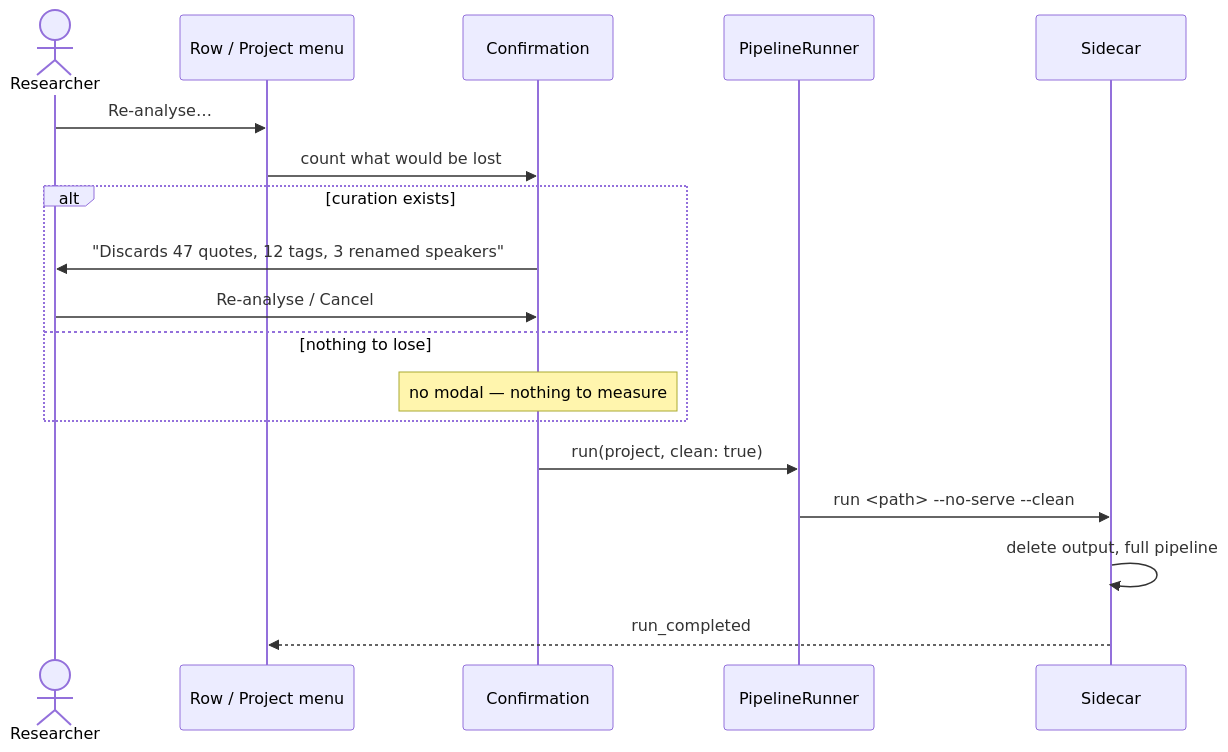
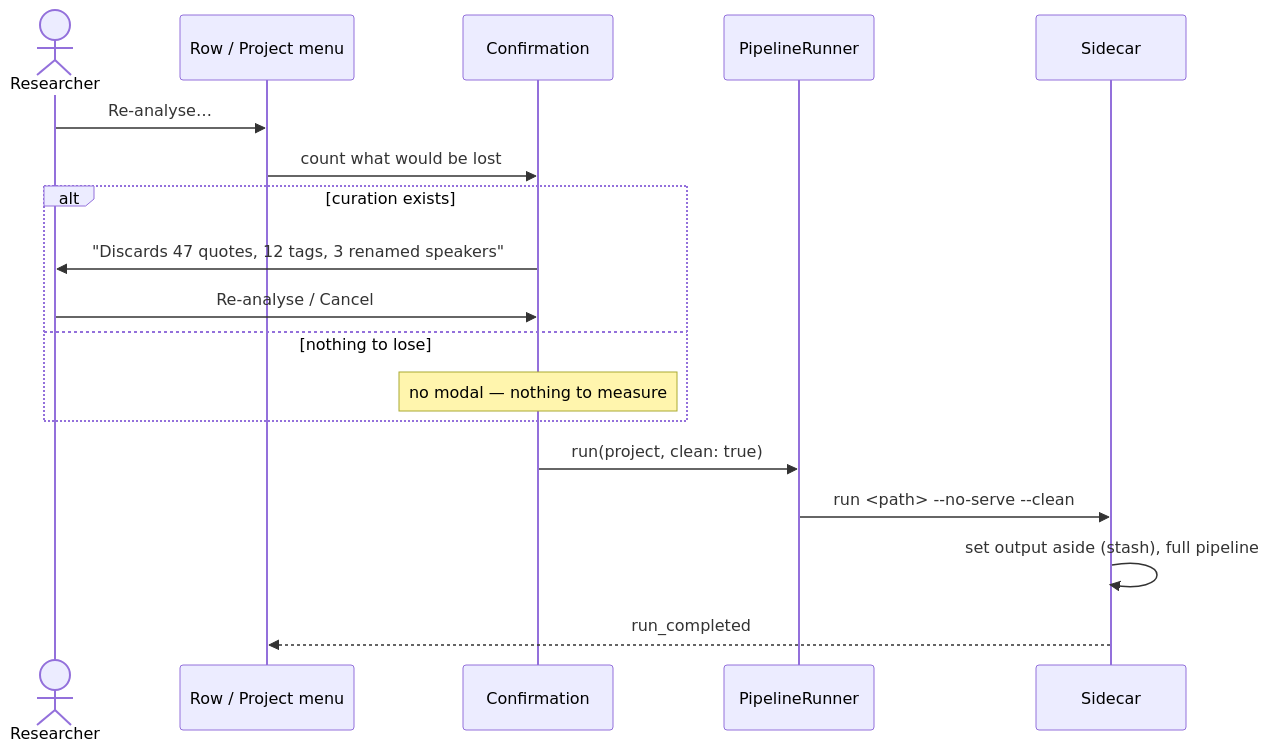
One commit to cassiocassio/bristlenose changed the fourth of 4 diagrams in docs/design-analysis-lifecycle.md. Above: the diagram before and after it, drawn with Mermaid. The commit also changed other lines of this file and 13 other files, not shown here.

````diff
--- a/docs/design-analysis-lifecycle.md
+++ b/docs/design-analysis-lifecycle.md
@@ -282,21 +288,21 @@
 ```mermaid
 sequenceDiagram
     actor R as Researcher
     participant UI as Row / Project menu
     participant C as Confirmation
     participant PR as PipelineRunner
     participant SC as Sidecar
 
     R->>UI: Re-analyse…
     UI->>C: count what would be lost
     alt curation exists
         C->>R: "Discards 47 quotes, 12 tags, 3 renamed speakers"
         R->>C: Re-analyse / Cancel
     else nothing to lose
         Note over C: no modal — nothing to measure
     end
     C->>PR: run(project, clean: true)
     PR->>SC: run <path> --no-serve --clean
-    SC->>SC: delete output, full pipeline
+    SC->>SC: set output aside (stash), full pipeline
     SC-->>UI: run_completed
 ```
````
